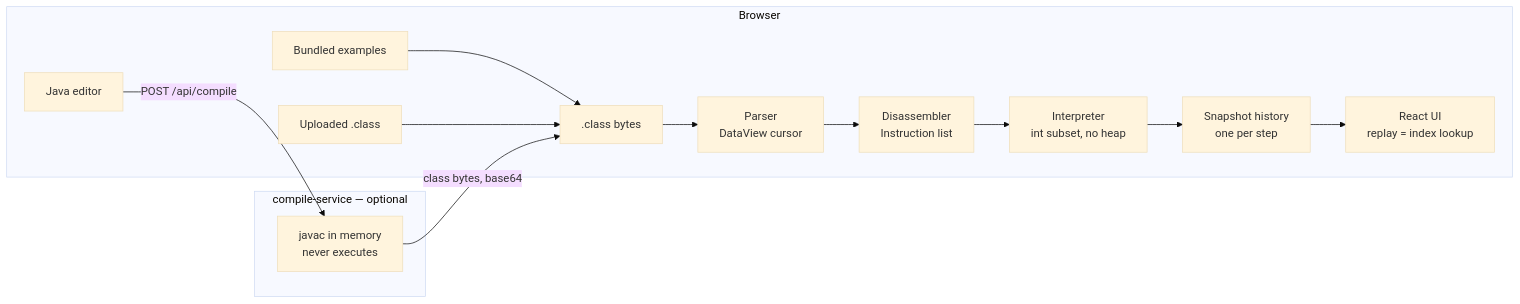
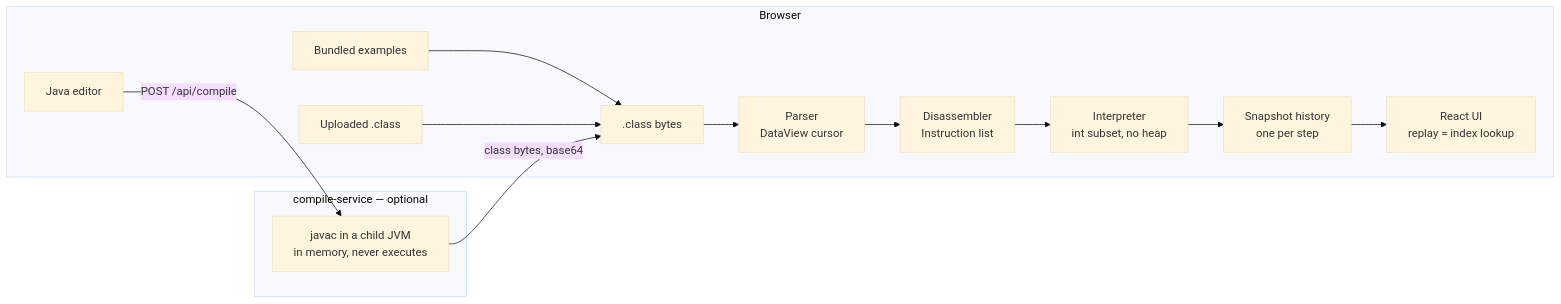
One commit to mblaszczykowski/JVM-Bytecode-Visualizer changed the diagram in README.md. Above: the diagram before and after it, drawn with Mermaid (base theme). The commit also changed other lines of this file and 6 other files, not shown here.

````diff
--- a/README.md
+++ b/README.md
@@ -49,18 +51,18 @@
 ```mermaid
 flowchart LR
   subgraph browser["Browser"]
     examples["Bundled examples"] --> bytes
     upload["Uploaded .class"] --> bytes
     editor["Java editor"]
     bytes[".class bytes"] --> parser["Parser<br/>DataView cursor"]
     parser --> disasm["Disassembler<br/>Instruction list"]
     disasm --> interp["Interpreter<br/>int subset, no heap"]
     interp --> history["Snapshot history<br/>one per step"]
     history --> ui["React UI<br/>replay = index lookup"]
   end
   subgraph backend["compile-service — optional"]
-    javac["javac in memory<br/>never executes"]
+    javac["javac in a child JVM<br/>in memory, never executes"]
   end
   editor -->|"POST /api/compile"| javac
   javac -->|"class bytes, base64"| bytes
 ```
````
